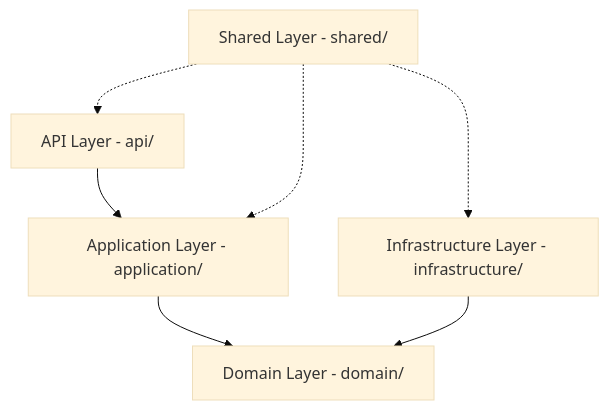
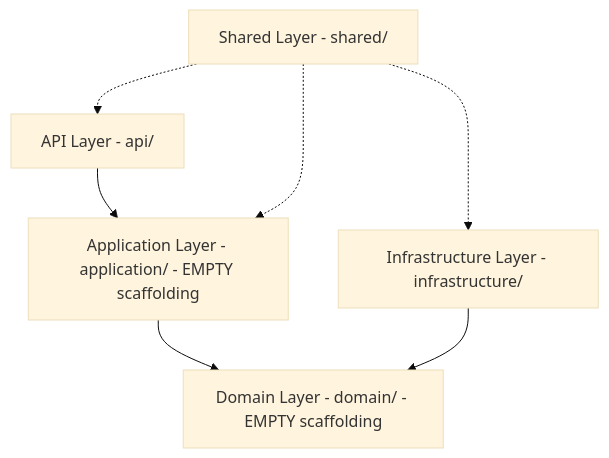
The first of 4 diagrams in docs/architecture.md (cloudtecki/the-woven-kitchen-api), drawn with Mermaid (base theme) before and after one commit. The commit also changed other lines of this file and 214 other files, not shown here.

````diff
--- a/docs/architecture.md
+++ b/docs/architecture.md
@@ -10,15 +11,15 @@
 ```mermaid
 flowchart TB
     API[API Layer - api/]
-    APP[Application Layer - application/]
-    DOM[Domain Layer - domain/]
+    APP[Application Layer - application/ - EMPTY scaffolding]
+    DOM[Domain Layer - domain/ - EMPTY scaffolding]
     INF[Infrastructure Layer - infrastructure/]
     SH[Shared Layer - shared/]
 
     API --> APP
     APP --> DOM
     INF --> DOM
     SH -.-> API
     SH -.-> APP
     SH -.-> INF
 ```
````
